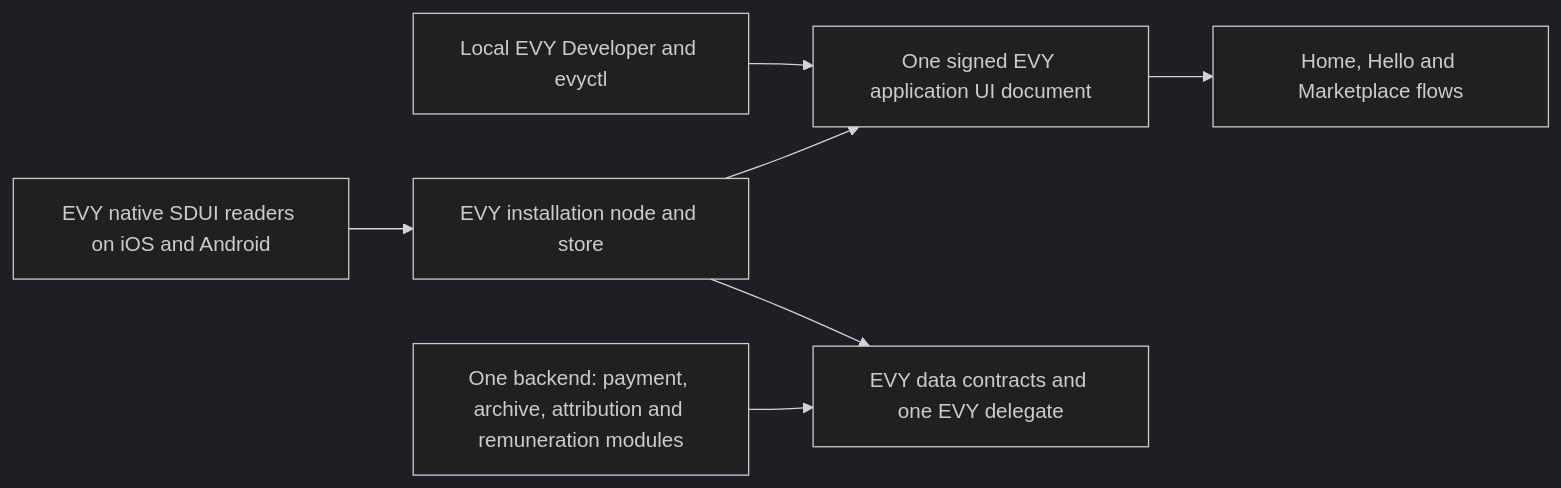
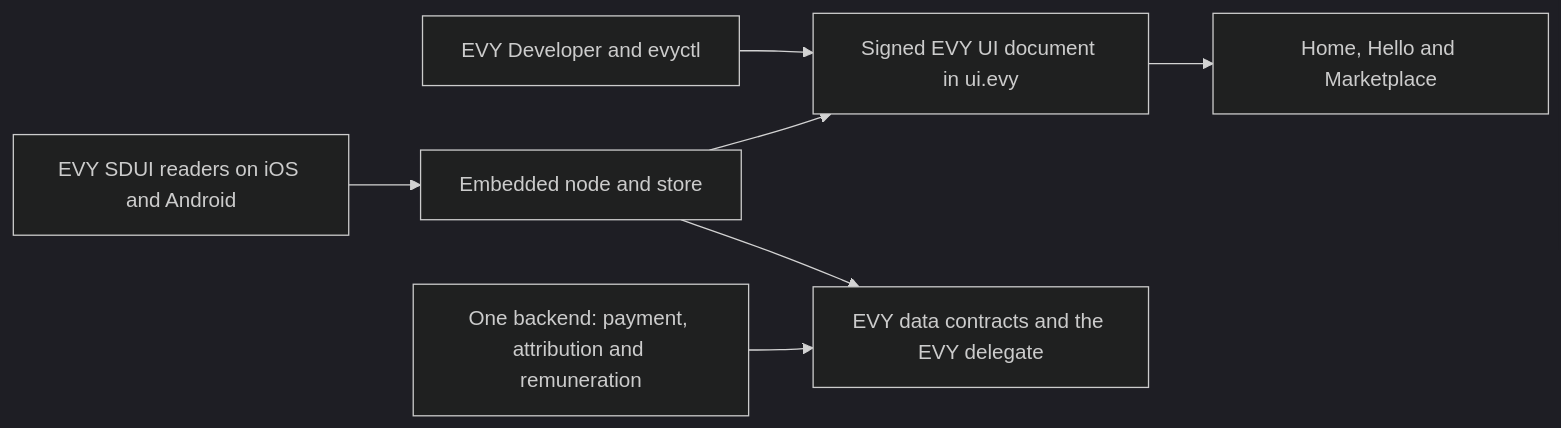
Before and after one commit to EVY-Platform/evy-freenet-plans: the second of 2 diagrams in README.md, drawn with Mermaid (dark theme). The commit also changed other lines of this file and 34 other files, not shown here.

````diff
--- a/README.md
+++ b/README.md
@@ -51,9 +48,9 @@
 ```mermaid
 flowchart LR
-    Author[Local EVY Developer and evyctl] --> Publication[One signed EVY application UI document]
-    Apps[EVY native SDUI readers on iOS and Android] --> Node[EVY installation node and store]
+    Author[EVY Developer and evyctl] --> Publication[Signed EVY UI document in ui.evy]
+    Apps[EVY SDUI readers on iOS and Android] --> Node[Embedded node and store]
     Node --> Publication
-    Node --> Data[EVY data contracts and one EVY delegate]
-    Publication --> Flows[Home, Hello and Marketplace flows]
-    Backend[One backend: payment, archive, attribution and remuneration modules] --> Data
+    Node --> Data[EVY data contracts and the EVY delegate]
+    Publication --> Flows[Home, Hello and Marketplace]
+    Backend[One backend: payment, attribution and remuneration] --> Data
 ```
````
